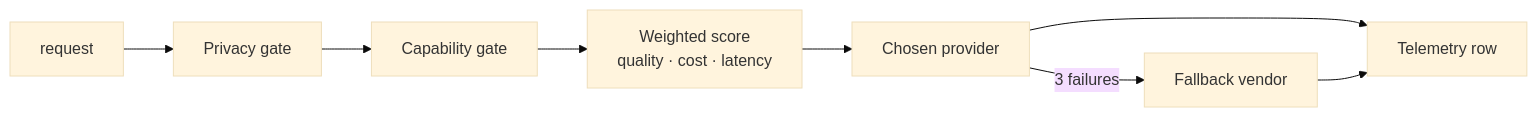
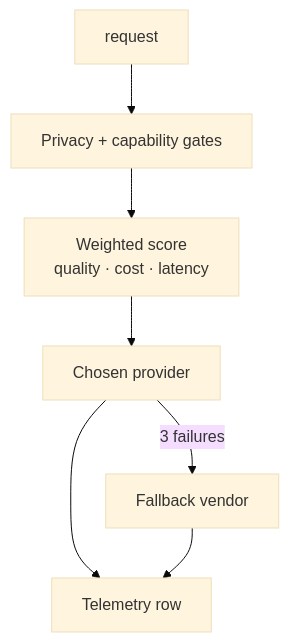
Before and after one commit to Tejesh080/Free-Agentic-Workflows-in-N8N: the diagram in workflows/02-intelligent-model-router/README.md, drawn with Mermaid (base theme). The commit also changed 9 other files, not shown here.

First line of the commit message:
docs: top-down flow diagrams so they fit the column

````diff
--- a/workflows/02-intelligent-model-router/README.md
+++ b/workflows/02-intelligent-model-router/README.md
@@ -17,10 +17,9 @@
 ```mermaid
-flowchart LR
-  A[request] --> B[Privacy gate]
-  B --> C[Capability gate]
-  C --> D[Weighted score<br/>quality · cost · latency]
-  D --> E[Chosen provider]
-  E -->|3 failures| F[Fallback vendor]
-  E --> G[Telemetry row]
-  F --> G
+flowchart TD
+  A[request] --> B[Privacy + capability gates]
+  B --> C[Weighted score<br/>quality · cost · latency]
+  C --> D[Chosen provider]
+  D -->|3 failures| E[Fallback vendor]
+  D --> F[Telemetry row]
+  E --> F
 ```
````
